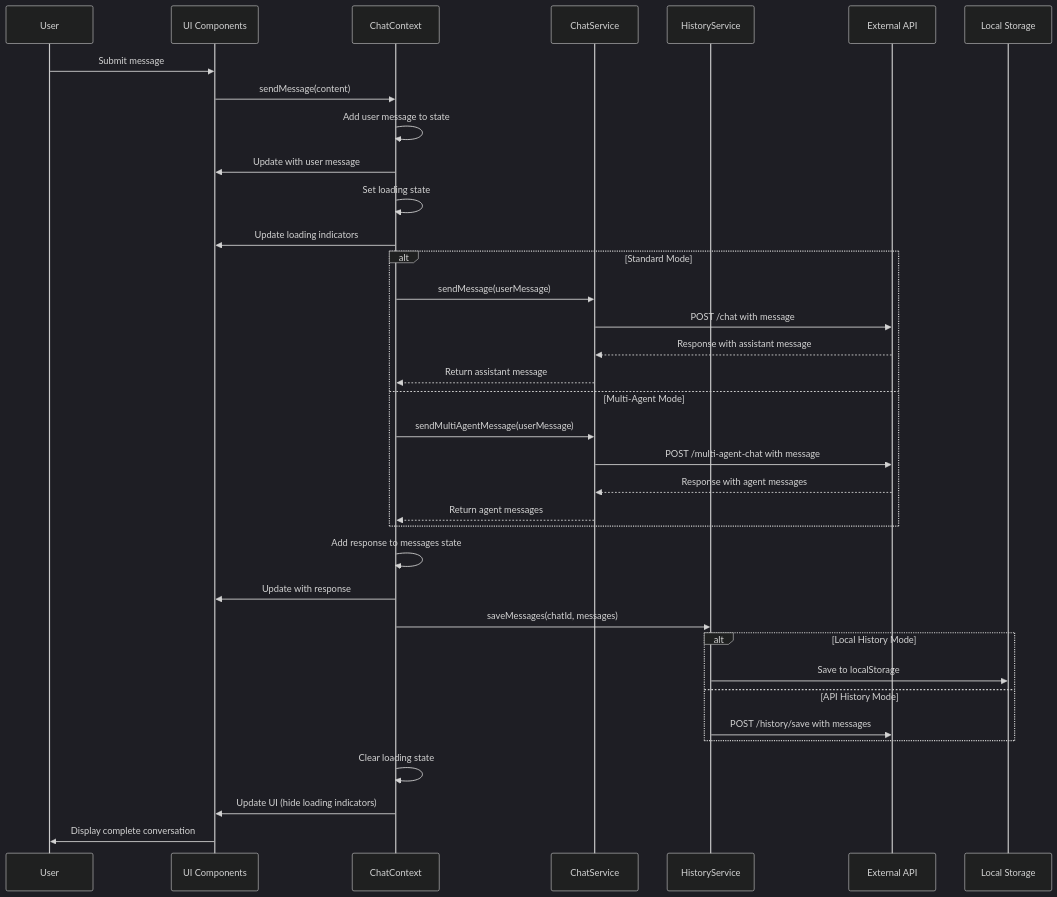
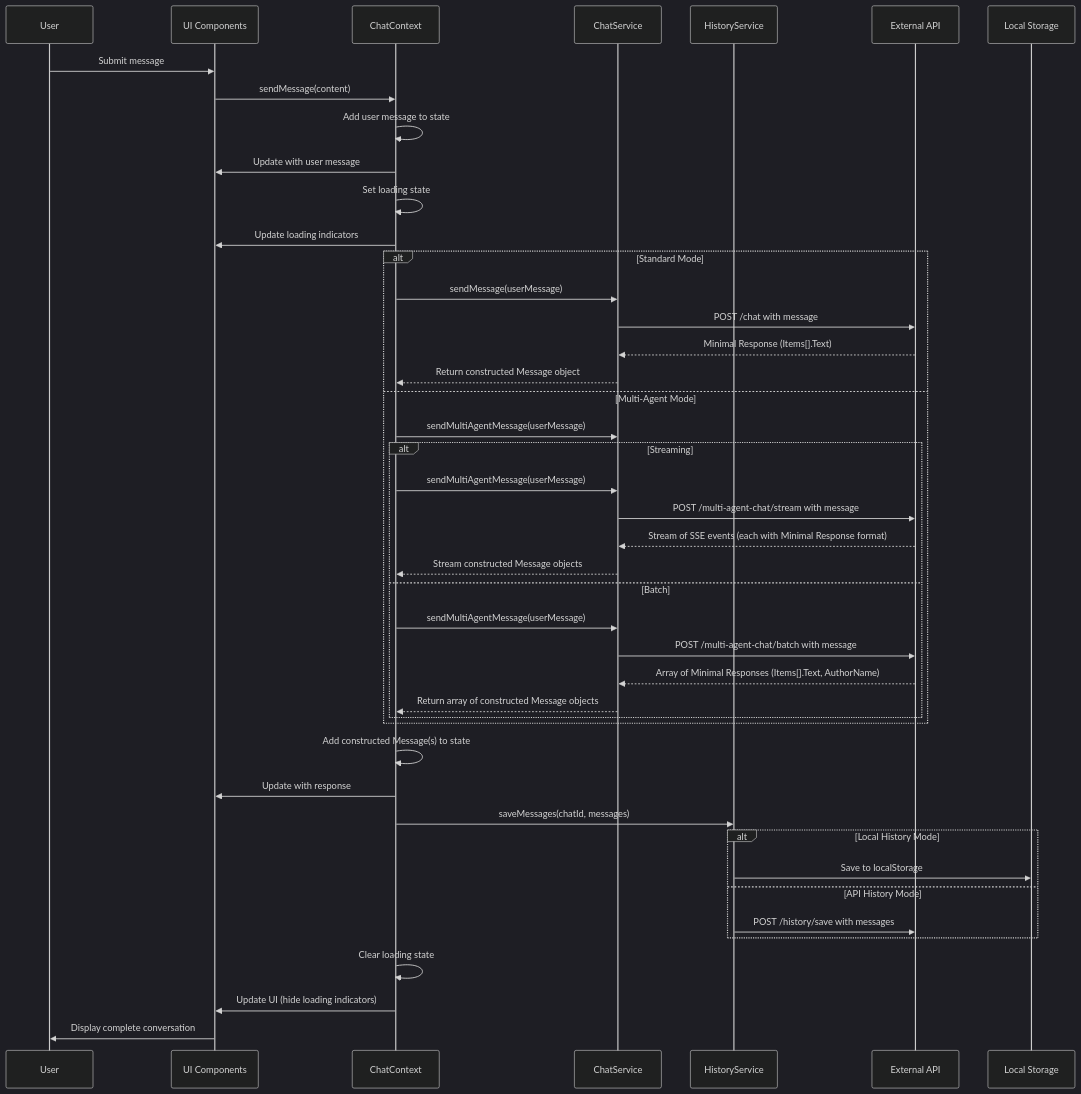
Before and after one commit to ChrisMcKee1/ChatUI: the fourth of 12 diagrams in memory-bank/architectureDiagrams.md, drawn with Mermaid. The commit also changed other lines of this file and 16 other files, not shown here.

Commit message:
Refactor API example docs and fix Mermaid diagram syntax

````diff
--- a/memory-bank/architectureDiagrams.md
+++ b/memory-bank/architectureDiagrams.md
@@ -243,48 +243,56 @@
 ```mermaid
 %%{init: {'theme':'dark'}}%%
 sequenceDiagram
     participant User
     participant UI as UI Components
     participant ChatCtx as ChatContext
     participant ChatSvc as ChatService
     participant HistorySvc as HistoryService
     participant API as External API
     participant Storage as Local Storage
     
     User->>UI: Submit message
     UI->>ChatCtx: sendMessage(content)
     
     ChatCtx->>ChatCtx: Add user message to state
     ChatCtx->>UI: Update with user message
     
     ChatCtx->>ChatCtx: Set loading state
     ChatCtx->>UI: Update loading indicators
     
     alt Standard Mode
         ChatCtx->>ChatSvc: sendMessage(userMessage)
         ChatSvc->>API: POST /chat with message
-        API-->>ChatSvc: Response with assistant message
-        ChatSvc-->>ChatCtx: Return assistant message
+        API-->>ChatSvc: Minimal Response (Items[].Text)
+        ChatSvc-->>ChatCtx: Return constructed Message object
     else Multi-Agent Mode
         ChatCtx->>ChatSvc: sendMultiAgentMessage(userMessage)
-        ChatSvc->>API: POST /multi-agent-chat with message
-        API-->>ChatSvc: Response with agent messages
-        ChatSvc-->>ChatCtx: Return agent messages
+        alt Streaming
+            ChatCtx->>ChatSvc: sendMultiAgentMessage(userMessage)
+            ChatSvc->>API: POST /multi-agent-chat/stream with message
+            API-->>ChatSvc: Stream of SSE events (each with Minimal Response format)
+            ChatSvc-->>ChatCtx: Stream constructed Message objects
+        else Batch
+            ChatCtx->>ChatSvc: sendMultiAgentMessage(userMessage)
+            ChatSvc->>API: POST /multi-agent-chat/batch with message
+            API-->>ChatSvc: Array of Minimal Responses (Items[].Text, AuthorName)
+            ChatSvc-->>ChatCtx: Return array of constructed Message objects
+        end
     end
     
-    ChatCtx->>ChatCtx: Add response to messages state
+    ChatCtx->>ChatCtx: Add constructed Message(s) to state
     ChatCtx->>UI: Update with response
     
     ChatCtx->>HistorySvc: saveMessages(chatId, messages)
     
     alt Local History Mode
         HistorySvc->>Storage: Save to localStorage
     else API History Mode
         HistorySvc->>API: POST /history/save with messages
     end
     
     ChatCtx->>ChatCtx: Clear loading state
     ChatCtx->>UI: Update UI (hide loading indicators)
     
     UI->>User: Display complete conversation
 ```
````
